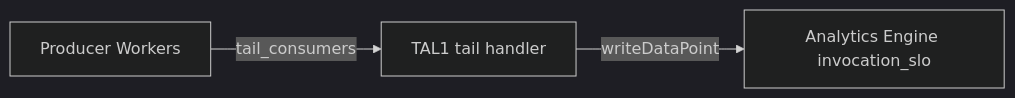
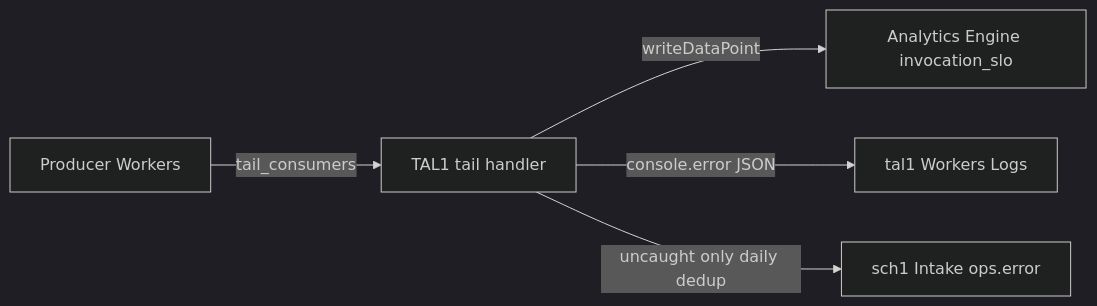
One commit to workers-world/TAL1 changed the diagram in README.md. Above: the diagram before and after it, drawn with Mermaid (dark theme). The commit also changed other lines of this file and 10 other files, not shown here.

First line of the commit message:
feat(tal1): 未捕获异常汇聚 Logs + sch1 Intake，并开启 source maps (WW-26)

````diff
--- a/README.md
+++ b/README.md
@@ -9,8 +12,12 @@
 ```mermaid
 flowchart LR
   producers[Producer Workers]
   tal1[TAL1 tail handler]
   ae["Analytics Engine invocation_slo"]
+  logs[tal1 Workers Logs]
+  sch1[sch1 Intake ops.error]
   producers -->|tail_consumers| tal1
   tal1 -->|writeDataPoint| ae
+  tal1 -->|console.error JSON| logs
+  tal1 -->|uncaught only daily dedup| sch1
 ```
````
